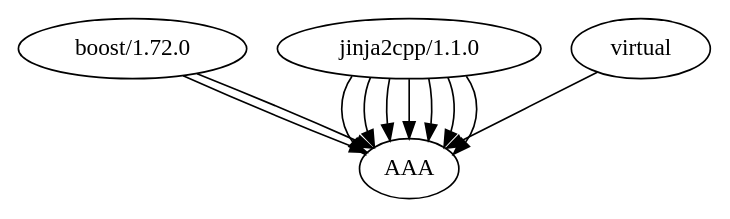
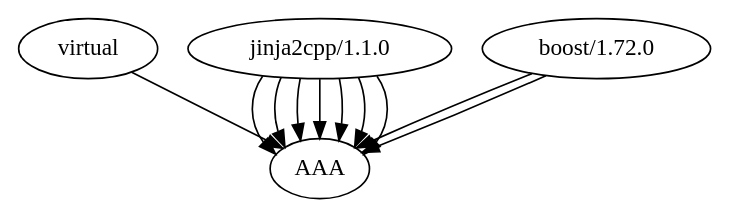
The diagram in info_graph_dot/testing.dot (jgsogo/community-templates), drawn with Graphviz before and after one commit. The commit also changed other lines of this file and 2 other files, not shown here.

```diff
--- a/info_graph_dot/testing.dot
+++ b/info_graph_dot/testing.dot
@@ -1,12 +1,12 @@
 digraph {
-        "boost/1.72.0" -> "AAA"
-        "boost/1.72.0" -> "AAA"
+        "virtual" -> "AAA"
         "jinja2cpp/1.1.0" -> "AAA"
         "jinja2cpp/1.1.0" -> "AAA"
         "jinja2cpp/1.1.0" -> "AAA"
         "jinja2cpp/1.1.0" -> "AAA"
         "jinja2cpp/1.1.0" -> "AAA"
         "jinja2cpp/1.1.0" -> "AAA"
         "jinja2cpp/1.1.0" -> "AAA"
-        "virtual" -> "AAA"
+        "boost/1.72.0" -> "AAA"
+        "boost/1.72.0" -> "AAA"
 }
```
